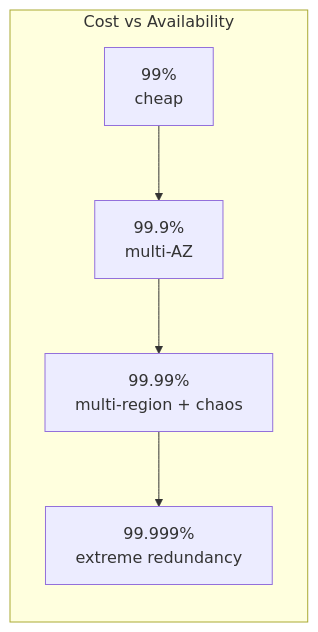
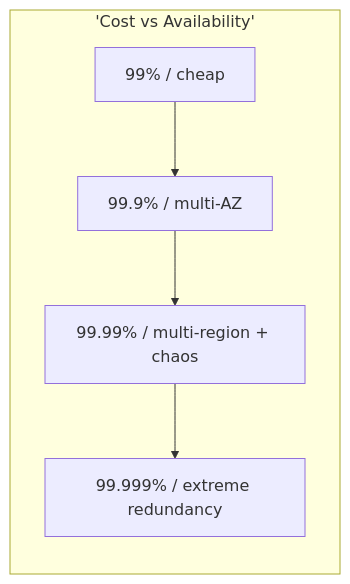
Before and after one commit to hareramcse/SystemDesign: the second of 21 diagrams in 12-reliability-engineering/README.md, drawn with Mermaid. The commit also changed other lines of this file and 14 other files, not shown here.

````diff
--- a/12-reliability-engineering/README.md
+++ b/12-reliability-engineering/README.md
@@ -94,10 +94,10 @@
 ```mermaid
 flowchart LR
-    subgraph Nines["Cost vs Availability"]
-        N2[99%<br/>cheap]
-        N3[99.9%<br/>multi-AZ]
-        N4[99.99%<br/>multi-region + chaos]
-        N5[99.999%<br/>extreme redundancy]
+    subgraph Nines['Cost vs Availability']
+        N2[99% / cheap]
+        N3[99.9% / multi-AZ]
+        N4[99.99% / multi-region + chaos]
+        N5[99.999% / extreme redundancy]
     end
     N2 --> N3 --> N4 --> N5
 ```
````
